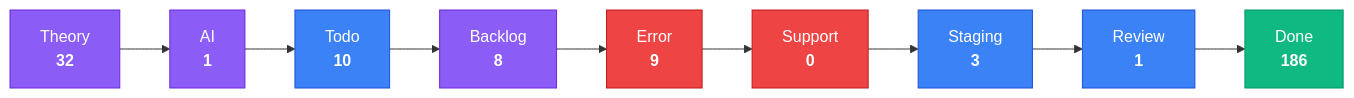
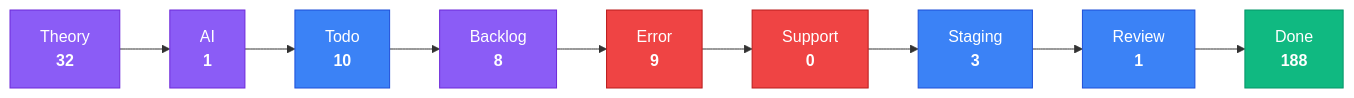
Before and after one commit to KBVE/kbve: the third of 4 diagrams in apps/kbve/astro-kbve/src/content/docs/dashboard/kanban-data.mdx, drawn with Mermaid. The commit also changed other lines of this file and 8 other files, not shown here.

````diff
--- a/apps/kbve/astro-kbve/src/content/docs/dashboard/kanban-data.mdx
+++ b/apps/kbve/astro-kbve/src/content/docs/dashboard/kanban-data.mdx
@@ -80,28 +80,28 @@
 ```mermaid
 flowchart LR
     classDef planning fill:#8b5cf6,stroke:#6d28d9,color:#fff
     classDef active fill:#3b82f6,stroke:#1d4ed8,color:#fff
     classDef blocked fill:#ef4444,stroke:#b91c1c,color:#fff
     classDef done fill:#10b981,stroke:#059669,color:#fff
     Theory["Theory<br/><strong>32</strong>"]
     Theory --> AI
     AI["AI<br/><strong>1</strong>"]
     AI --> Todo
     Todo["Todo<br/><strong>10</strong>"]
     Todo --> Backlog
     Backlog["Backlog<br/><strong>8</strong>"]
     Backlog --> Error
     Error["Error<br/><strong>9</strong>"]
     Error --> Support
     Support["Support<br/><strong>0</strong>"]
     Support --> Staging
     Staging["Staging<br/><strong>3</strong>"]
     Staging --> Review
     Review["Review<br/><strong>1</strong>"]
     Review --> Done
-    Done["Done<br/><strong>186</strong>"]
+    Done["Done<br/><strong>188</strong>"]
     class Theory,AI,Backlog planning
     class Todo,Staging,Review active
     class Error,Support blocked
     class Done done
 ```
````
